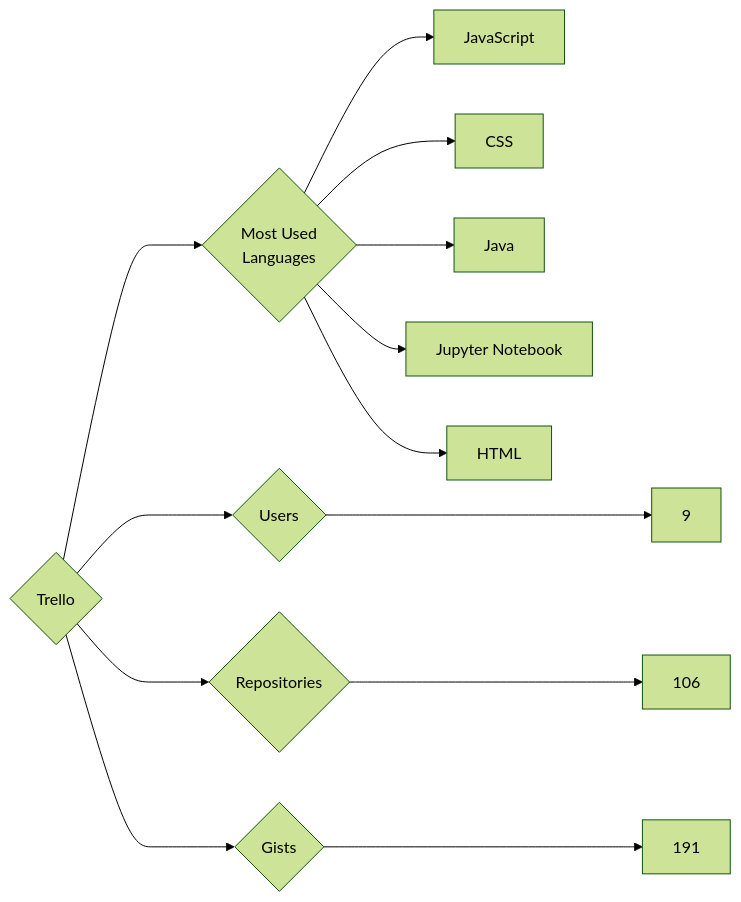
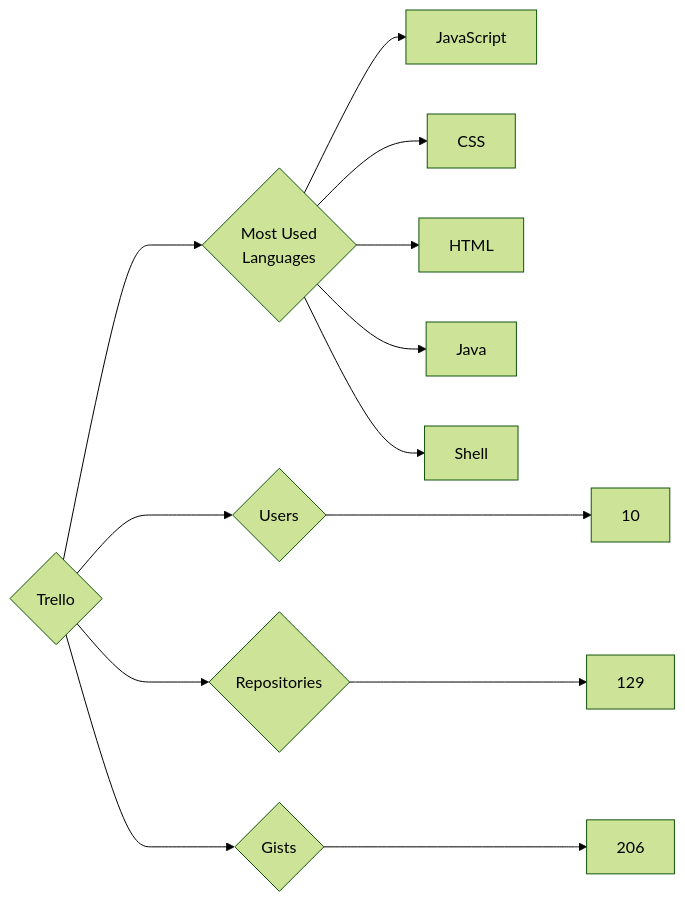
One commit to trickest/insiders changed the diagram in targets/Trello/README.md. Above: the diagram before and after it, drawn with Mermaid (forest theme). The commit also changed 955 other files, not shown here.

````diff
--- a/targets/Trello/README.md
+++ b/targets/Trello/README.md
@@ -3,13 +3,13 @@
 ```mermaid
 graph LR
 COMPANY_NAME{Trello}
-COMPANY_NAME ---> U{Users} ---> UN[9]
-COMPANY_NAME ---> R{Repositories} ---> RN[106]
-COMPANY_NAME ---> G{Gists} ---> GN[191]
+COMPANY_NAME ---> U{Users} ---> UN[10]
+COMPANY_NAME ---> R{Repositories} ---> RN[129]
+COMPANY_NAME ---> G{Gists} ---> GN[206]
 COMPANY_NAME ---> ML{Most Used<br>Languages}
 ML --> JavaScript[JavaScript]
 ML --> CSS[CSS]
+ML --> HTML[HTML]
 ML --> Java[Java]
-ML --> Jupyter_Notebook[Jupyter Notebook]
-ML --> HTML[HTML]
+ML --> Shell[Shell]
 ```
````
